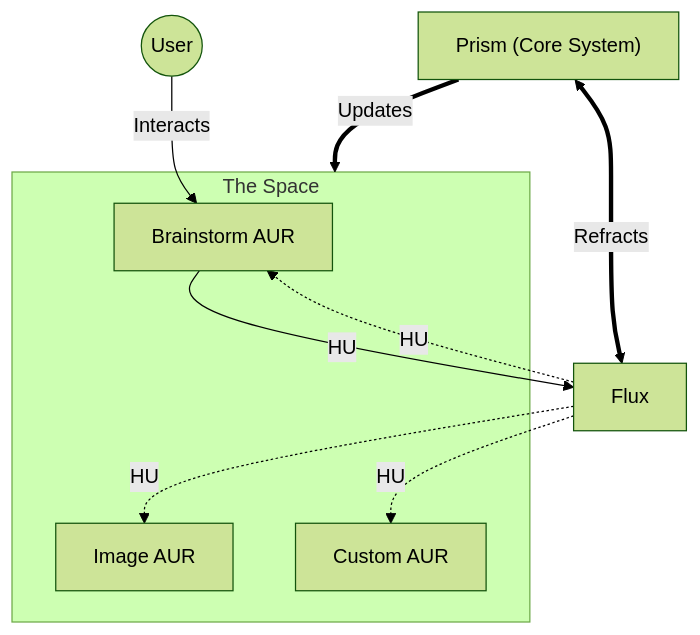
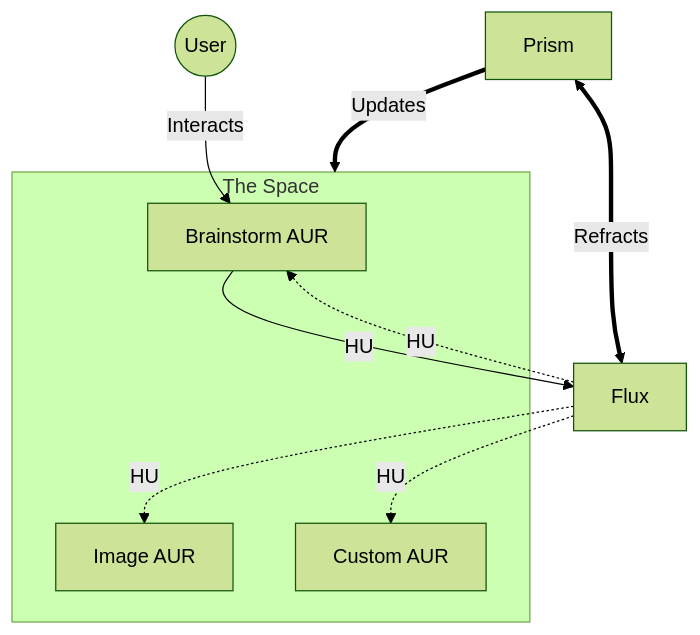
The diagram in documents/Architecture.md (bahadiri/Aura), drawn with Mermaid (forest theme) before and after one commit. The commit also changed other lines of this file and 1 other file, not shown here.

Commit message:
docs: remove Core System label from Prism

````diff
--- a/documents/Architecture.md
+++ b/documents/Architecture.md
@@ -12,21 +12,21 @@
 ```mermaid
 graph TD
     User((User)) -->|Interacts| AUR1[Brainstorm AUR]
     
-    Prism["Prism (Core System)"]
+    Prism[Prism]
     Flux[Flux]
     
     Prism <==>|Refracts| Flux
     Prism ==>|Updates| Space
 
     subgraph Space ["The Space"]
         AUR1
         AUR2[Image AUR]
         AUR3[Custom AUR]
     end
 
     AUR1 -->|"HU"| Flux
     Flux -.->|"HU"| AUR2
     Flux -.->|"HU"| AUR3
     Flux -.->|"HU"| AUR1
 ```
````
